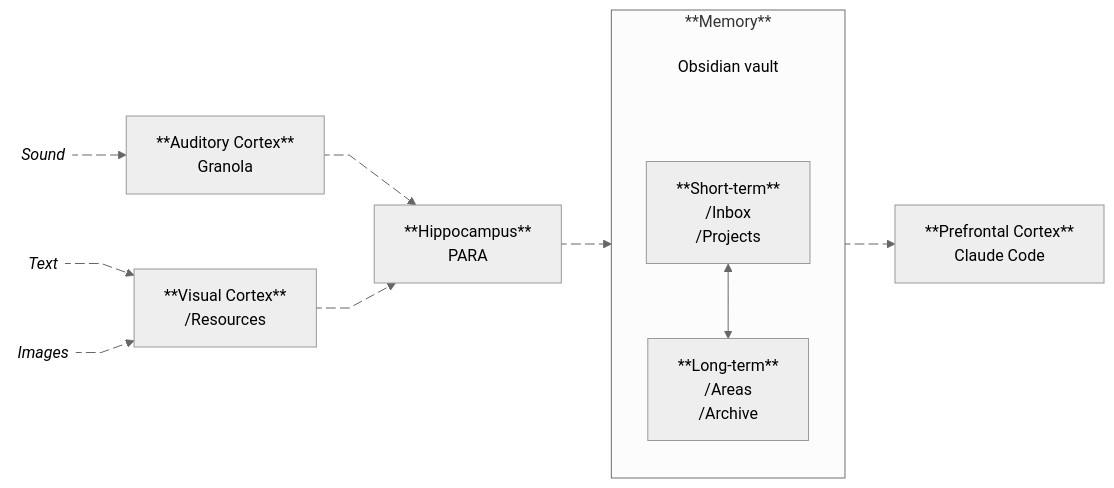
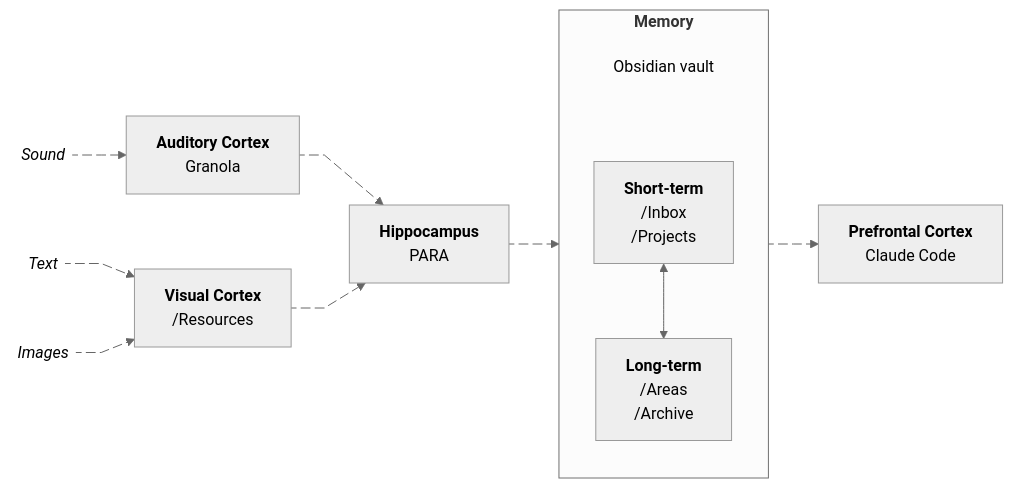
The second of 2 diagrams in content/en/blog/second-brain.md (zavarovkv/zavarov.com), drawn with Mermaid (neutral theme) before and after one commit. The commit also changed other lines of this file and 16 other files, not shown here.

Commit message:
Enable wide article media and fix Mermaid labels

```diff
--- a/content/en/blog/second-brain.md
+++ b/content/en/blog/second-brain.md
@@ -82,34 +76,34 @@
-{{< mermaid >}}
+{{< mermaid wide=true caption="The stack mapped to the brain's structure" >}}
 graph LR
     S@{ shape: text, label: "*Sound*" }
     T@{ shape: text, label: "*Text*" }
     I@{ shape: text, label: "*Images*" }
-    S e1@--> A[**Auditory Cortex**
-    Granola]
-    T e2@--> B[**Visual Cortex**
-    /Resources]
+    S e1@--> A["`**Auditory Cortex**
+    Granola`"]
+    T e2@--> B["`**Visual Cortex**
+    /Resources`"]
     I e3@--> B
-    A e4@--> C[**Hippocampus**
-    PARA]
+    A e4@--> C["`**Hippocampus**
+    PARA`"]
     B e5@--> C
     C e6@--> mem
-    mem e7@--> F[**Prefrontal Cortex**
-    Claude Code]
+    mem e7@--> F["`**Prefrontal Cortex**
+    Claude Code`"]
     e1@{ animate: true, curve: linear }
     e2@{ animate: true, curve: linear }
     e3@{ animate: true, curve: linear }
     e4@{ animate: true, curve: linear }
     e5@{ animate: true, curve: linear }
     e6@{ animate: true, curve: linear }
     e7@{ animate: true, curve: linear }
 
-    subgraph mem[**Memory**]
+    subgraph mem["`**Memory**`"]
         direction TB
         Obsidian@{ shape: text, label: "Obsidian vault" } ~~~
-        short[**Short-term**
+        short["`**Short-term**
         /Inbox
-        /Projects] <--> long[**Long-term**
+        /Projects`"] <--> long["`**Long-term**
         /Areas
-        /Archive]
+        /Archive`"]
     end
 {{< /mermaid >}}
```
